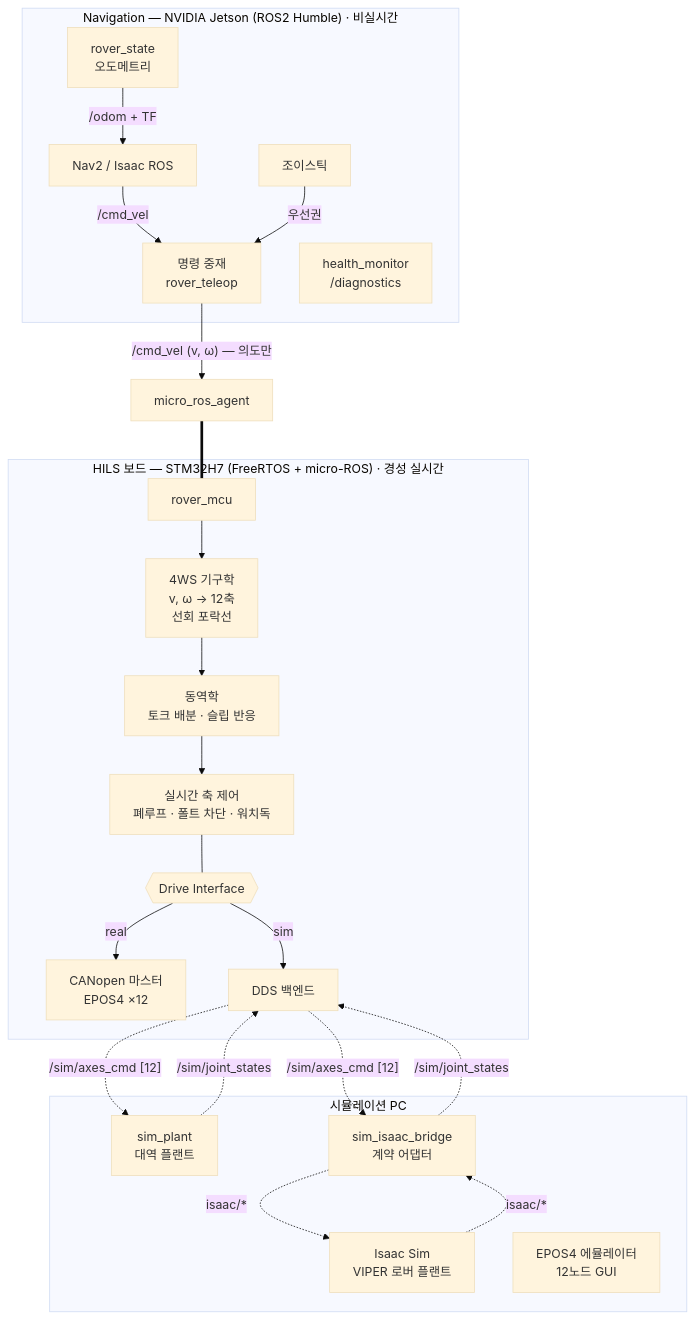
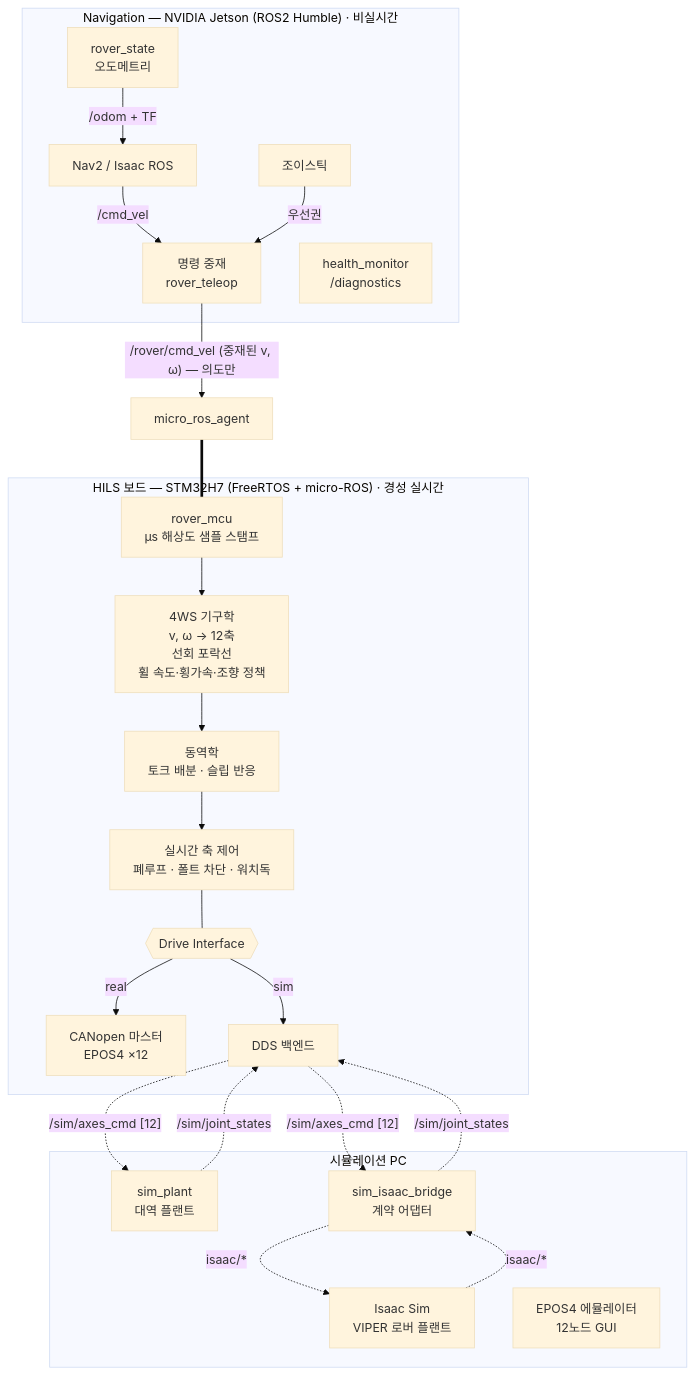
Before and after one commit to parclab-hsu/parclab-hsu.github.io: the first of 2 diagrams in homepage-src/docs/projects/l-project-hils.md, drawn with Mermaid (base theme). The commit also changed other lines of this file and 8 other files, not shown here.

First line of the commit message:
L-Project 공개 페이지 — 조향 운용 정책·선회 포락선·µs 스탬프 (SRS v1.32 / SDP v2.08)

````diff
--- a/homepage-src/docs/projects/l-project-hils.md
+++ b/homepage-src/docs/projects/l-project-hils.md
@@ -82,35 +87,35 @@
 ```mermaid
 flowchart TB
     subgraph J["Navigation — NVIDIA Jetson (ROS2 Humble) · 비실시간"]
         NAV[Nav2 / Isaac ROS] -- /cmd_vel --> ARB[명령 중재<br/>rover_teleop]
         JOY[조이스틱] -- "우선권" --> ARB
         RS[rover_state<br/>오도메트리] -- /odom + TF --> NAV
         HM[health_monitor<br/>/diagnostics]
     end
 
-    ARB -- "/cmd_vel (v, ω) — 의도만" --> AG[micro_ros_agent]
+    ARB -- "/rover/cmd_vel (중재된 v, ω) — 의도만" --> AG[micro_ros_agent]
 
     subgraph B["HILS 보드 — STM32H7 (FreeRTOS + micro-ROS) · 경성 실시간"]
-        MCU[rover_mcu] --> KIN[4WS 기구학<br/>v, ω → 12축<br/>선회 포락선]
+        MCU[rover_mcu<br/>µs 해상도 샘플 스탬프] --> KIN[4WS 기구학<br/>v, ω → 12축<br/>선회 포락선<br/>휠 속도·횡가속·조향 정책]
         KIN --> DYN[동역학<br/>토크 배분 · 슬립 반응]
         DYN --> RT[실시간 축 제어<br/>폐루프 · 폴트 차단 · 워치독]
         RT --- DIF{{Drive Interface}}
         DIF -- real --> EPOS[CANopen 마스터<br/>EPOS4 ×12]
         DIF -- sim --> DSIM[DDS 백엔드]
     end
 
     subgraph S["시뮬레이션 PC"]
         PL[sim_plant<br/>대역 플랜트]
         BR[sim_isaac_bridge<br/>계약 어댑터]
         SIM[Isaac Sim<br/>VIPER 로버 플랜트]
         EMU[EPOS4 에뮬레이터<br/>12노드 GUI]
         BR -. "isaac/*" .-> SIM
         SIM -. "isaac/*" .-> BR
     end
 
     AG === MCU
     DSIM -. "/sim/axes_cmd [12]" .-> PL
     PL -. "/sim/joint_states" .-> DSIM
     DSIM -. "/sim/axes_cmd [12]" .-> BR
     BR -. "/sim/joint_states" .-> DSIM
 ```
````
